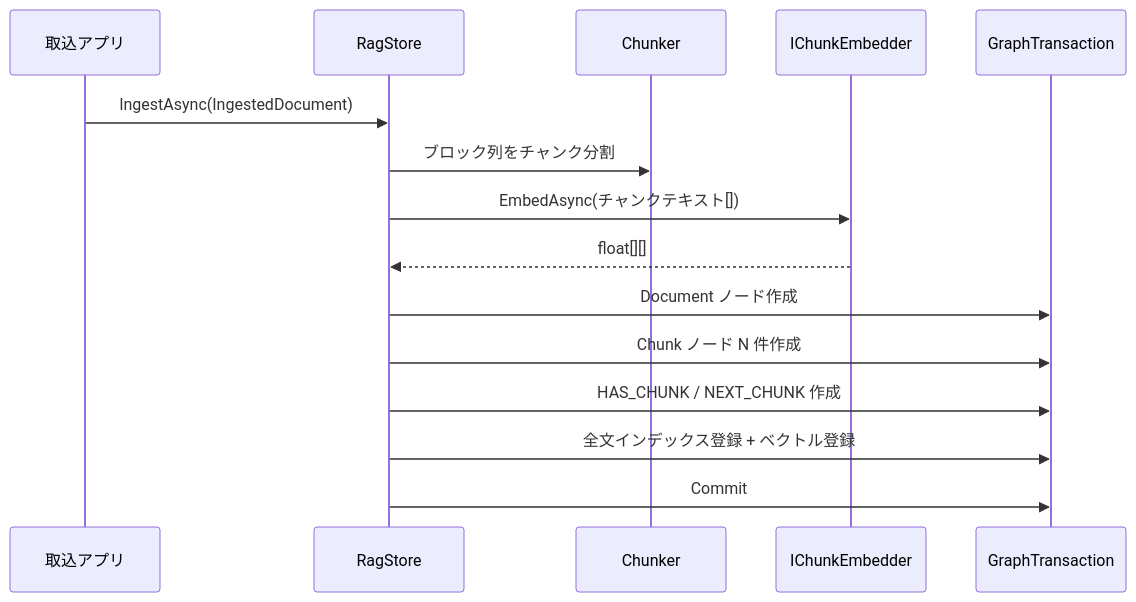
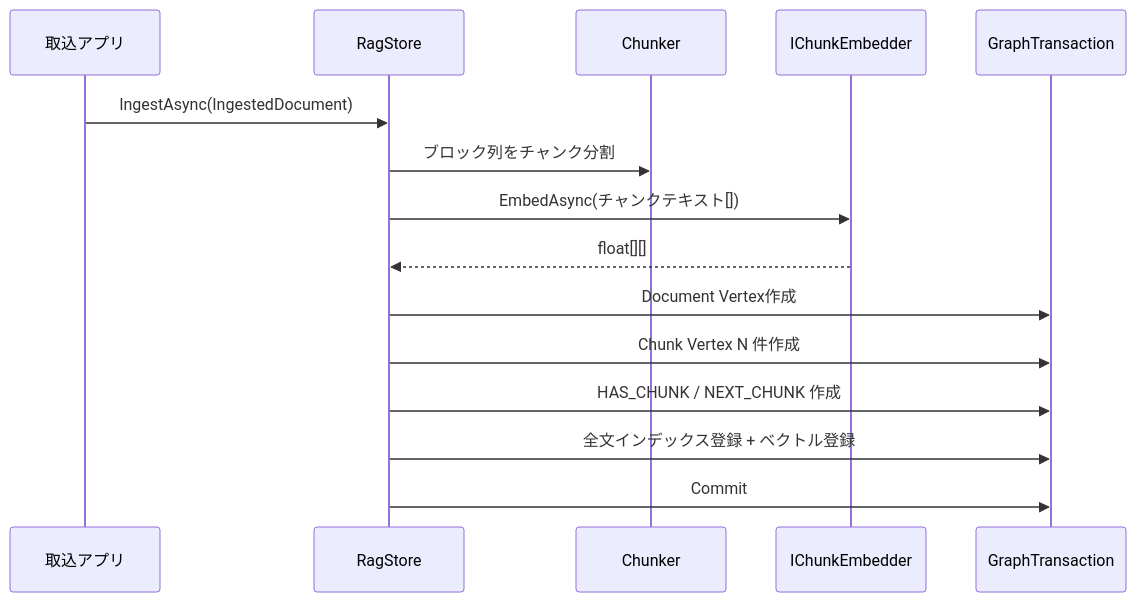
Before and after one commit to delicioustuna/Quiver: the third of 5 diagrams in docs/architecture-diagrams.md, drawn with Mermaid. The commit also changed other lines of this file and 749 other files, not shown here.

````diff
--- a/docs/architecture-diagrams.md
+++ b/docs/architecture-diagrams.md
@@ -80,18 +80,18 @@
 ```mermaid
 sequenceDiagram
     participant Ext as 取込アプリ
     participant Rag as RagStore
     participant Chk as Chunker
     participant Emb as IChunkEmbedder
     participant DB as GraphTransaction
 
     Ext->>Rag: IngestAsync(IngestedDocument)
     Rag->>Chk: ブロック列をチャンク分割
     Rag->>Emb: EmbedAsync(チャンクテキスト[])
     Emb-->>Rag: float[][]
-    Rag->>DB: Document ノード作成
-    Rag->>DB: Chunk ノード N 件作成
+    Rag->>DB: Document Vertex作成
+    Rag->>DB: Chunk Vertex N 件作成
     Rag->>DB: HAS_CHUNK / NEXT_CHUNK 作成
     Rag->>DB: 全文インデックス登録 + ベクトル登録
     Rag->>DB: Commit
 ```
````
